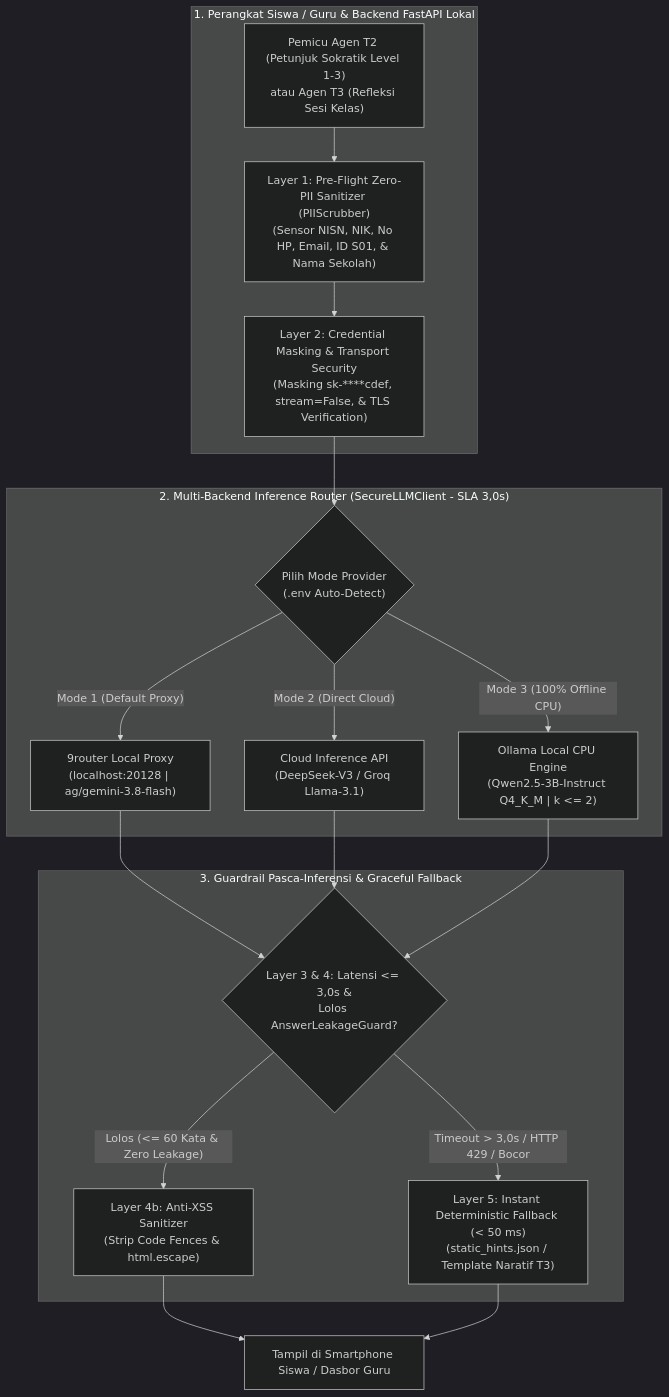
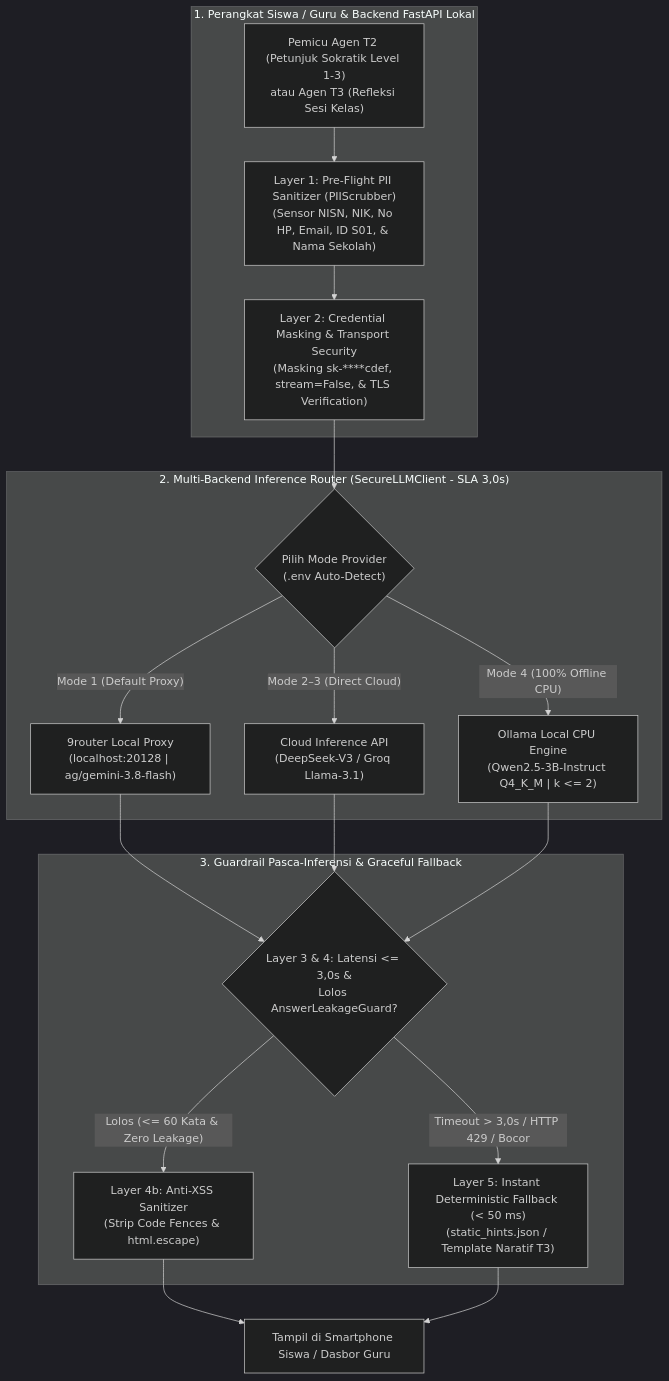
One commit to fajar-i/skripsi changed the diagram in paper SLR/draf_artikel_logitrace_sinta3.md. Above: the diagram before and after it, drawn with Mermaid (dark theme). The commit also changed other lines of this file and 22 other files, not shown here.

````diff
--- a/paper SLR/draf_artikel_logitrace_sinta3.md
+++ b/paper SLR/draf_artikel_logitrace_sinta3.md
@@ -171,25 +175,25 @@
 ```mermaid
 flowchart TD
     subgraph EdgeLayer ["1. Perangkat Siswa / Guru & Backend FastAPI Lokal"]
-        REQ["Pemicu Agen T2 (Petunjuk Sokratik Level 1-3)<br/>atau Agen T3 (Refleksi Sesi Kelas)"] --> SCRUB["Layer 1: Pre-Flight Zero-PII Sanitizer (PIIScrubber)<br/>(Sensor NISN, NIK, No HP, Email, ID S01, & Nama Sekolah)"]
+        REQ["Pemicu Agen T2 (Petunjuk Sokratik Level 1-3)<br/>atau Agen T3 (Refleksi Sesi Kelas)"] --> SCRUB["Layer 1: Pre-Flight PII Sanitizer (PIIScrubber)<br/>(Sensor NISN, NIK, No HP, Email, ID S01, & Nama Sekolah)"]
         SCRUB --> MASK["Layer 2: Credential Masking & Transport Security<br/>(Masking sk-****cdef, stream=False, & TLS Verification)"]
     end
 
     subgraph MultiProvider ["2. Multi-Backend Inference Router (SecureLLMClient - SLA 3,0s)"]
         MASK --> ROUTER{"Pilih Mode Provider<br/>(.env Auto-Detect)"}
         ROUTER -- "Mode 1 (Default Proxy)" --> NINEROUTER["9router Local Proxy<br/>(localhost:20128 | ag/gemini-3.8-flash)"]
-        ROUTER -- "Mode 2 (Direct Cloud)" --> CLOUD["Cloud Inference API<br/>(DeepSeek-V3 / Groq Llama-3.1)"]
-        ROUTER -- "Mode 3 (100% Offline CPU)" --> OLLAMA["Ollama Local CPU Engine<br/>(Qwen2.5-3B-Instruct Q4_K_M | k <= 2)"]
+        ROUTER -- "Mode 2–3 (Direct Cloud)" --> CLOUD["Cloud Inference API<br/>(DeepSeek-V3 / Groq Llama-3.1)"]
+        ROUTER -- "Mode 4 (100% Offline CPU)" --> OLLAMA["Ollama Local CPU Engine<br/>(Qwen2.5-3B-Instruct Q4_K_M | k <= 2)"]
     end
 
     subgraph PostFlight ["3. Guardrail Pasca-Inferensi & Graceful Fallback"]
         NINEROUTER --> GUARD{"Layer 3 & 4: Latensi <= 3,0s &<br/>Lolos AnswerLeakageGuard?"}
         CLOUD --> GUARD
         OLLAMA --> GUARD
         GUARD -- "Lolos (<= 60 Kata & Zero Leakage)" --> XSS["Layer 4b: Anti-XSS Sanitizer<br/>(Strip Code Fences & html.escape)"]
         GUARD -- "Timeout > 3,0s / HTTP 429 / Bocor" --> FALLBACK["Layer 5: Instant Deterministic Fallback (< 50 ms)<br/>(static_hints.json / Template Naratif T3)"]
     end
 
     XSS --> UI["Tampil di Smartphone Siswa / Dasbor Guru"]
     FALLBACK --> UI
 ```
````
